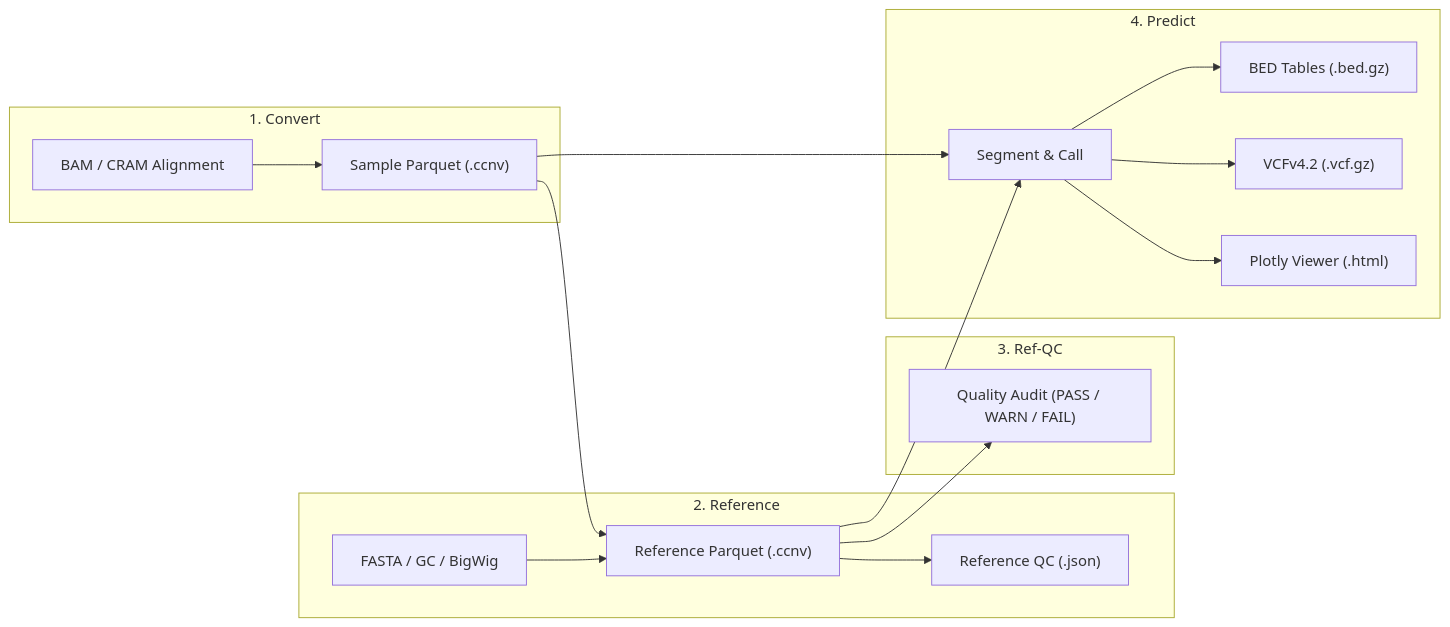
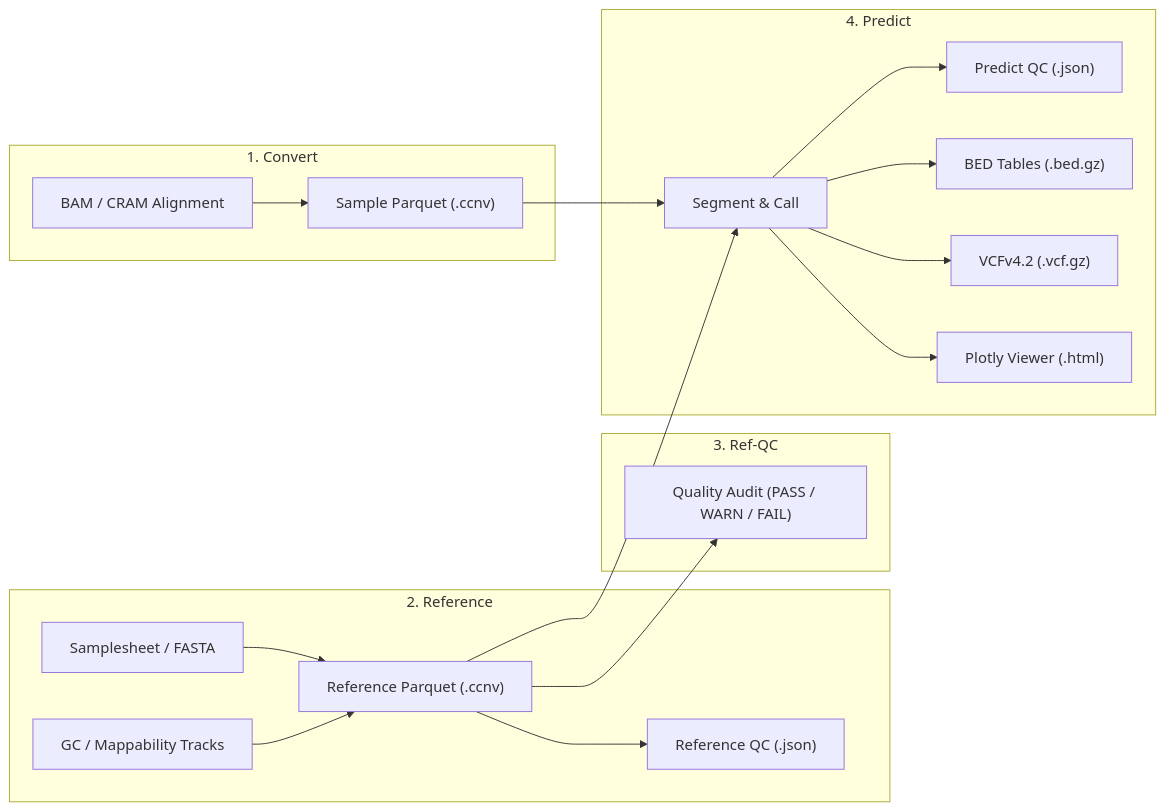
Before and after one commit to matthdsm/ccnv: the diagram in README.md, drawn with Mermaid. The commit also changed other lines of this file and 2 other files, not shown here.

Commit message:
docs: update documentation and changelog for prenatal mode and schema 2.0.0

````diff
--- a/README.md
+++ b/README.md
@@ -13,21 +14,22 @@
 ```mermaid
 flowchart LR
     subgraph S1["1. Convert"]
         BAM["BAM / CRAM Alignment"] --> C["Sample Parquet (.ccnv)"]
     end
     subgraph S2["2. Reference"]
-        C --> REF["Reference Parquet (.ccnv)"]
-        FASTA["FASTA / GC / BigWig"] --> REF
+        SS["Samplesheet / FASTA"] --> REF["Reference Parquet (.ccnv)"]
+        GC["GC / Mappability Tracks"] --> REF
         REF --> QC["Reference QC (.json)"]
     end
     subgraph S3["3. Ref-QC"]
         REF --> AUDIT["Quality Audit (PASS / WARN / FAIL)"]
     end
     subgraph S4["4. Predict"]
         C --> P["Segment & Call"]
         REF --> P
+        P --> PQC["Predict QC (.json)"]
         P --> BED["BED Tables (.bed.gz)"]
         P --> VCF["VCFv4.2 (.vcf.gz)"]
         P --> HTML["Plotly Viewer (.html)"]
     end
 ```
````
